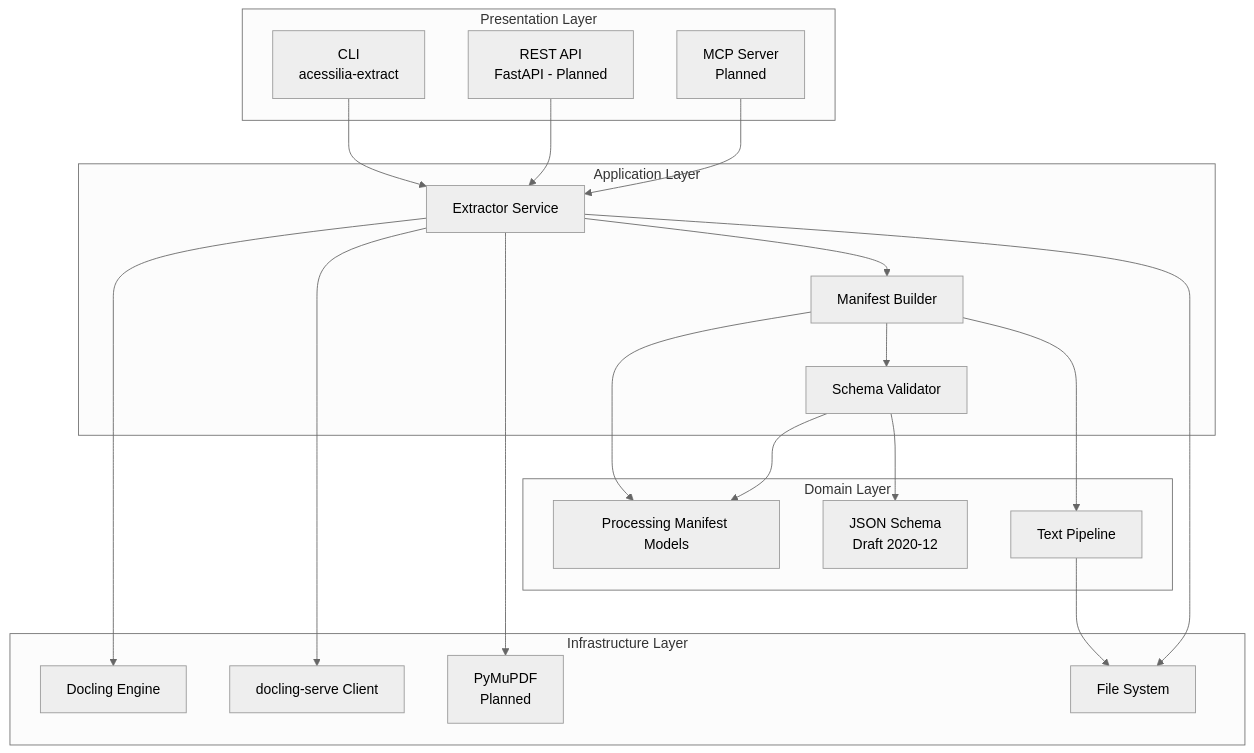
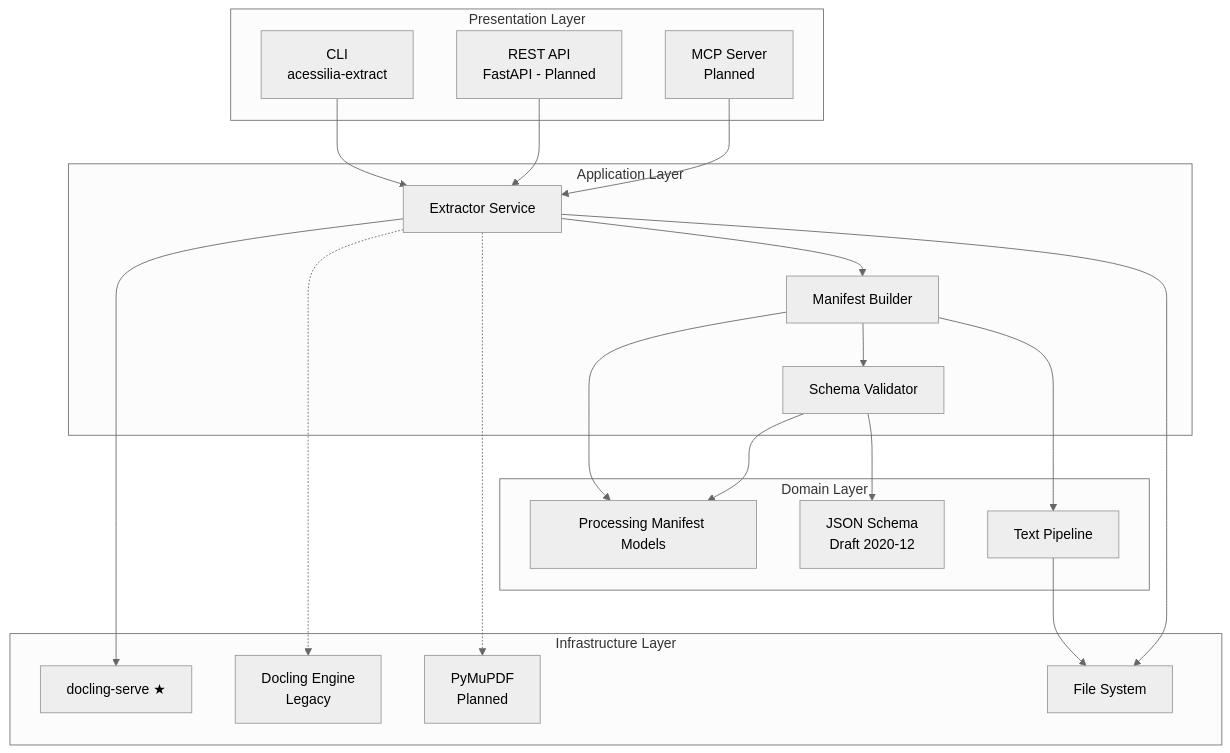
The first of 7 diagrams in docs/uml/architecture.md (A11yDevs/acessilia-structure-extractor), drawn with Mermaid (neutral theme) before and after one commit. The commit also changed other lines of this file and 22 other files, not shown here.

````diff
--- a/docs/uml/architecture.md
+++ b/docs/uml/architecture.md
@@ -9,46 +9,46 @@
 ```mermaid
 graph TB
     subgraph "Presentation Layer"
         CLI[CLI<br/>acessilia-extract]
         REST[REST API<br/>FastAPI - Planned]
         MCP[MCP Server<br/>Planned]
     end
 
     subgraph "Application Layer"
         EXTRACTOR[Extractor Service]
         BUILDER[Manifest Builder]
         VALIDATOR[Schema Validator]
     end
 
     subgraph "Domain Layer"
         MODELS[Processing Manifest Models]
         SCHEMA[JSON Schema<br/>Draft 2020-12]
         PIPELINE[Text Pipeline]
     end
 
     subgraph "Infrastructure Layer"
-        DOCLING[Docling Engine]
-        DOCLING_SERVE[docling-serve Client]
+        DOCLING_SERVE[docling-serve ★]
+        DOCLING[Docling Engine<br/>Legacy]
         PYMUPDF[PyMuPDF<br/>Planned]
         FS[File System]
     end
 
     CLI --> EXTRACTOR
     REST --> EXTRACTOR
     MCP --> EXTRACTOR
 
-    EXTRACTOR --> DOCLING
     EXTRACTOR --> DOCLING_SERVE
-    EXTRACTOR --> PYMUPDF
+    EXTRACTOR -.-> DOCLING
+    EXTRACTOR -.-> PYMUPDF
     EXTRACTOR --> BUILDER
 
     BUILDER --> PIPELINE
     BUILDER --> MODELS
     BUILDER --> VALIDATOR
 
     VALIDATOR --> SCHEMA
     VALIDATOR --> MODELS
 
     PIPELINE --> FS
     EXTRACTOR --> FS
 ```
````
